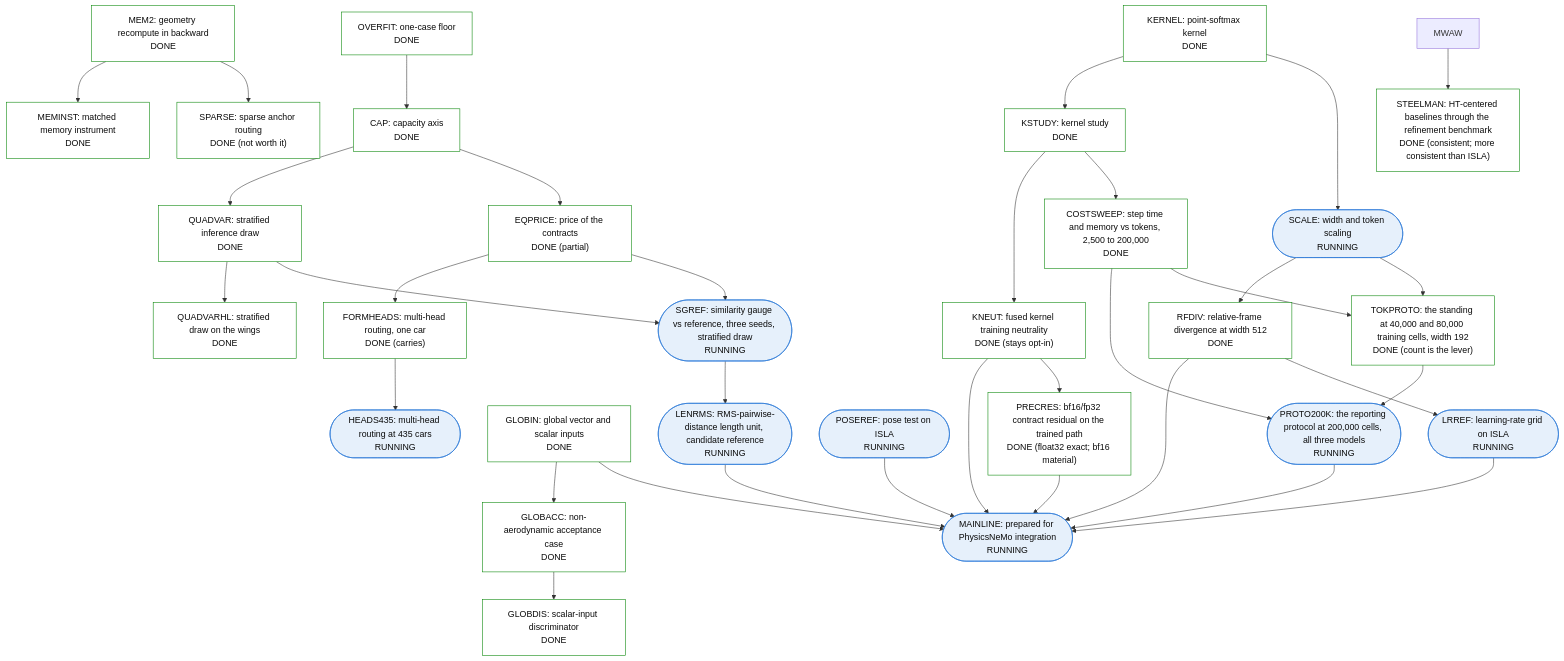
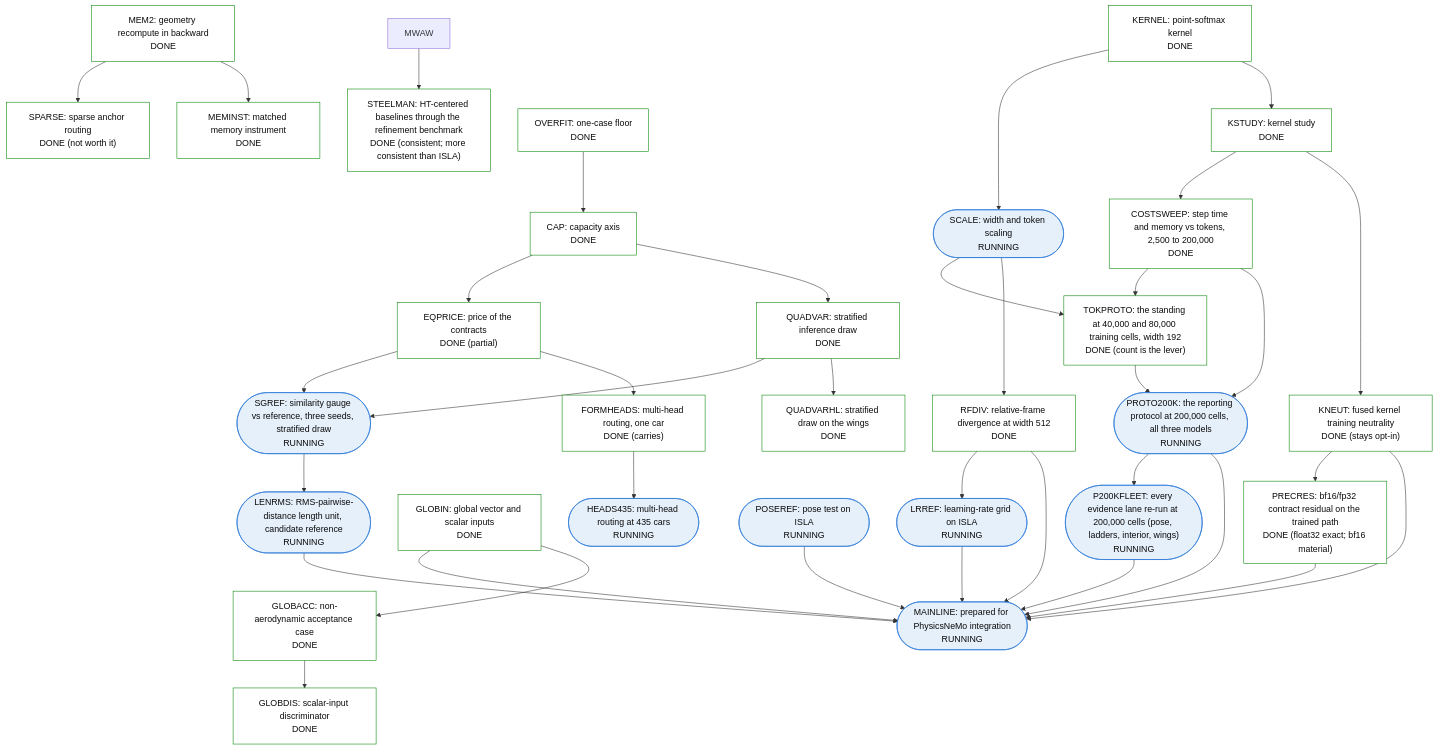
One commit to peterdsharpe/physicsnemo changed the fifth of 5 diagrams in examples/cfd/mesh_transformer/book/13-program-status.qmd. Above: the diagram before and after it, drawn with Mermaid. The commit also changed other lines of this file and 2 other files, not shown here.

Commit message:
Notebook: PROTO-200K-FLEET ruling and preregistration (every evidence lane re-run at the recipe default of 200,000 cells for ISLA, GeoTransolver and Transolver; scaling studies excepted; fleet-level bars); node, ledger row, CLAIMS rule

````diff
--- a/examples/cfd/mesh_transformer/book/13-program-status.qmd
+++ b/examples/cfd/mesh_transformer/book/13-program-status.qmd
@@ -281,72 +281,75 @@
 ```{mermaid}
 %%| fig-cap: >
 %%|   Sub-tree 5: cost, scale, deficit anatomy and mainline. HEADS435 is the
 %%|   one node RUNNING with a bar that could change ISLA's
 %%|   configuration; MAINLINE is the productization node.
 flowchart TB
     classDef done fill:#ffffff,stroke:#008300,color:#0b0b0b
     classDef running fill:#e6f0fb,stroke:#2a78d6,color:#0b0b0b
     classDef planned fill:#ffffff,stroke:#898781,color:#0b0b0b,stroke-dasharray:4 3
     classDef stopped fill:#f4f3ee,stroke:#52514e,color:#0b0b0b
     MEM2["MEM2: geometry recompute in backward<br/>DONE"]:::done
     MEMINST["MEMINST: matched memory instrument<br/>DONE"]:::done
     SPARSE["SPARSE: sparse anchor routing<br/>DONE (not worth it)"]:::done
     KERNEL["KERNEL: point-softmax kernel<br/>DONE"]:::done
     KSTUDY["KSTUDY: kernel study<br/>DONE"]:::done
     KNEUT["KNEUT: fused kernel training neutrality<br/>DONE (stays opt-in)"]:::done
     SCALE(["SCALE: width and token scaling<br/>RUNNING"]):::running
     RFDIV["RFDIV: relative-frame divergence at width 512<br/>DONE"]:::done
     OVERFIT["OVERFIT: one-case floor<br/>DONE"]:::done
     CAP["CAP: capacity axis<br/>DONE"]:::done
     QUADVAR["QUADVAR: stratified inference draw<br/>DONE"]:::done
     QUADVARHL["QUADVARHL: stratified draw on the wings<br/>DONE"]:::done
     EQPRICE["EQPRICE: price of the contracts<br/>DONE (partial)"]:::done
     FORMHEADS["FORMHEADS: multi-head routing, one car<br/>DONE (carries)"]:::done
     HEADS435(["HEADS435: multi-head routing at 435 cars<br/>RUNNING"]):::running
     GLOBIN["GLOBIN: global vector and scalar inputs<br/>DONE"]:::done
     GLOBACC["GLOBACC: non-aerodynamic acceptance case<br/>DONE"]:::done
     GLOBDIS["GLOBDIS: scalar-input discriminator<br/>DONE"]:::done
     MAINLINE(["MAINLINE: prepared for PhysicsNeMo integration<br/>RUNNING"]):::running
     PRECRES["PRECRES: bf16/fp32 contract residual on the trained path<br/>DONE (float32 exact; bf16 material)"]:::done
     SGREF(["SGREF: similarity gauge vs reference, three seeds, stratified draw<br/>RUNNING"]):::running
     POSEREF(["POSEREF: pose test on ISLA<br/>RUNNING"]):::running
     LRREF(["LRREF: learning-rate grid on ISLA<br/>RUNNING"]):::running
     LENRMS(["LENRMS: RMS-pairwise-distance length unit, candidate reference<br/>RUNNING"]):::running
     STEELMAN["STEELMAN: HT-centered baselines through the refinement benchmark<br/>DONE (consistent; more consistent than ISLA)"]:::done
     TOKPROTO["TOKPROTO: the standing at 40,000 and 80,000 training cells, width 192<br/>DONE (count is the lever)"]:::done
     PROTO200K(["PROTO200K: the reporting protocol at 200,000 cells, all three models<br/>RUNNING"]):::running
+    P200KFLEET(["P200KFLEET: every evidence lane re-run at 200,000 cells (pose, ladders, interior, wings)<br/>RUNNING"]):::running
     COSTSWEEP["COSTSWEEP: step time and memory vs tokens, 2,500 to 200,000<br/>DONE"]:::done
     MEM2 --> MEMINST
     MEM2 --> SPARSE
     KERNEL --> KSTUDY
     KSTUDY --> KNEUT
     KERNEL --> SCALE
     SCALE --> RFDIV
     OVERFIT --> CAP
     CAP --> QUADVAR
     QUADVAR --> QUADVARHL
     CAP --> EQPRICE
     EQPRICE --> FORMHEADS
     FORMHEADS --> HEADS435
     GLOBIN --> GLOBACC
     GLOBACC --> GLOBDIS
     GLOBIN --> MAINLINE
     RFDIV --> MAINLINE
     KNEUT --> MAINLINE
     KNEUT --> PRECRES
     PRECRES --> MAINLINE
     QUADVAR --> SGREF
     EQPRICE --> SGREF
     RFDIV --> LRREF
     POSEREF --> MAINLINE
     LRREF --> MAINLINE
     SGREF --> LENRMS
     LENRMS --> MAINLINE
     MWAW --> STEELMAN
     SCALE --> TOKPROTO
     TOKPROTO --> PROTO200K
     COSTSWEEP --> PROTO200K
     PROTO200K --> MAINLINE
+    PROTO200K --> P200KFLEET
+    P200KFLEET --> MAINLINE
     KSTUDY --> COSTSWEEP
     COSTSWEEP --> TOKPROTO
 ```
````
